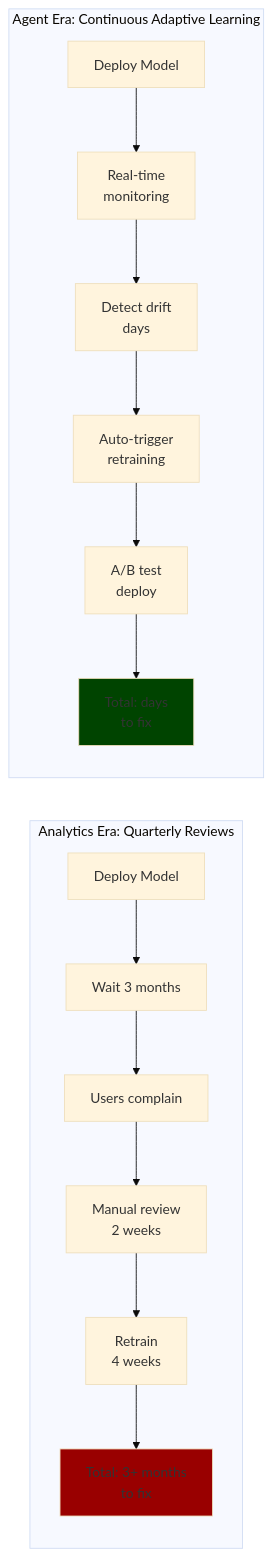
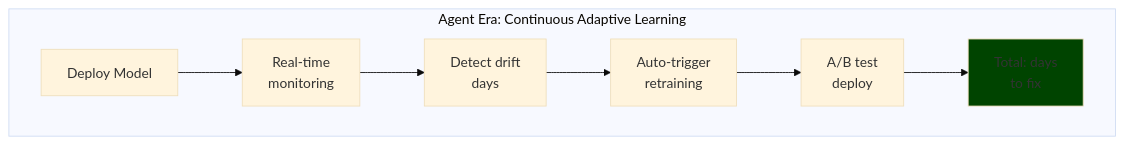
One commit to colaberry/enterprise-data-readiness-ai-agents changed the ninth of 12 diagrams in chapter-00/chapter_00_complete.md. Above: the diagram before and after it, drawn with Mermaid (base theme). The commit also changed other lines of this file, not shown here.

Commit message:
images changes commit
images changes commit

````diff
--- a/chapter-00/chapter_00_complete.md
+++ b/chapter-00/chapter_00_complete.md
@@ -407,21 +424,12 @@
 ```mermaid
-graph LR
-    subgraph "Analytics Era: Quarterly Reviews"
-        A1[Deploy Model] --> A2[Wait 3 months]
-        A2 --> A3[Users complain]
-        A3 --> A4[Manual review<br/>2 weeks]
-        A4 --> A5[Retrain<br/>4 weeks]
-        A5 --> A6[Total: 3+ months<br/>to fix]
-    end
-    
+graph TB
     subgraph "Agent Era: Continuous Adaptive Learning"
         B1[Deploy Model] --> B2[Real-time<br/>monitoring]
         B2 --> B3[Detect drift<br/>days]
         B3 --> B4[Auto-trigger<br/>retraining]
         B4 --> B5[A/B test<br/>deploy]
         B5 --> B6[Total: days<br/>to fix]
     end
     
-    style A6 fill:#990000
     style B6 fill:#004400
 ```
````
